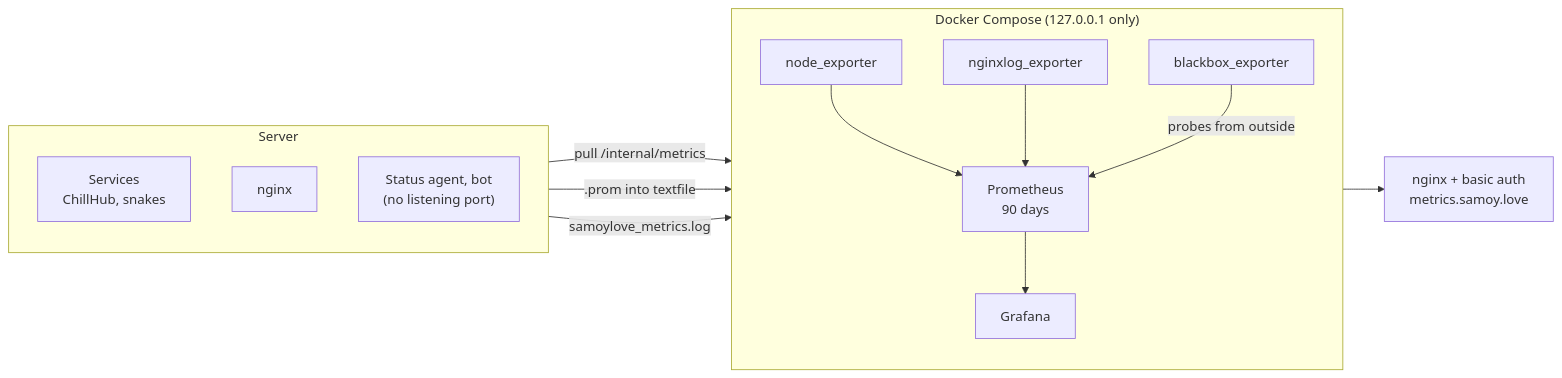
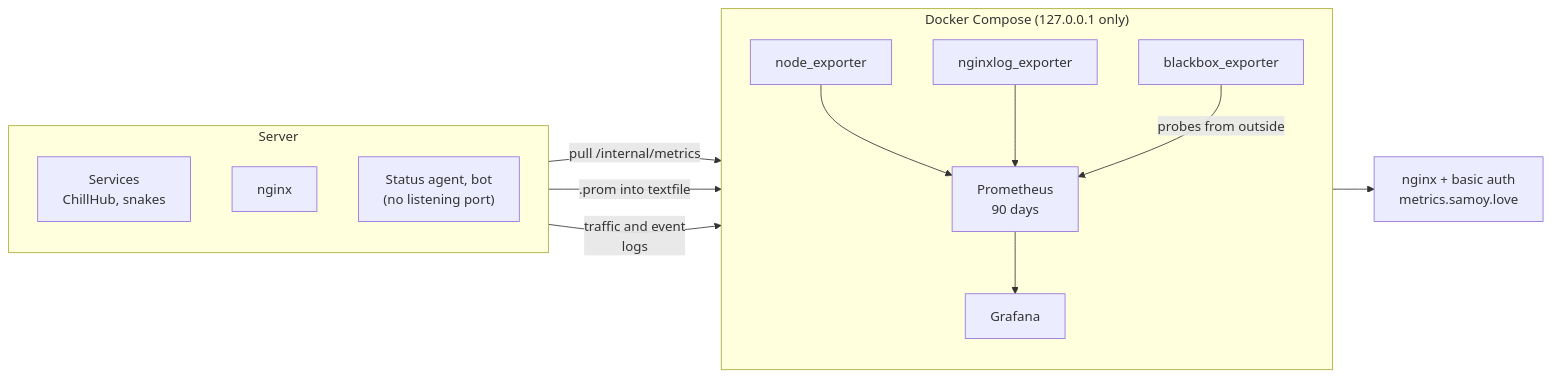
Before and after one commit to samoy-love/metrics.samoy.love: the diagram in README.md, drawn with Mermaid. The commit also changed other lines of this file and 4 other files, not shown here.

````diff
--- a/README.md
+++ b/README.md
@@ -39,27 +50,27 @@
 ```mermaid
 flowchart LR
     subgraph host["Server"]
         direction TB
         svc["Services<br/>ChillHub, snakes"]
         nginx["nginx"]
         timer["Status agent, bot<br/>(no listening port)"]
     end
 
     subgraph compose["Docker Compose (127.0.0.1 only)"]
         direction TB
         node["node_exporter"]
         nglog["nginxlog_exporter"]
         bb["blackbox_exporter"]
         prom["Prometheus<br/>90 days"]
         graf["Grafana"]
     end
 
     svc -->|"pull /internal/metrics"| prom
     timer -->|".prom into textfile"| node
-    nginx -->|"samoylove_metrics.log"| nglog
+    nginx -->|"traffic and event<br/>logs"| nglog
     node --> prom
     nglog --> prom
     bb -->|"probes from outside"| prom
     prom --> graf
     graf --> gate["nginx + basic auth<br/>metrics.samoy.love"]
 ```
````
